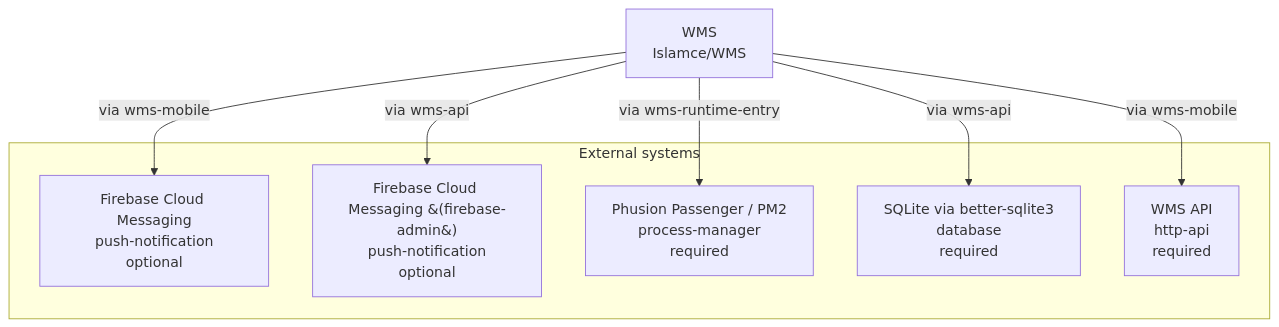
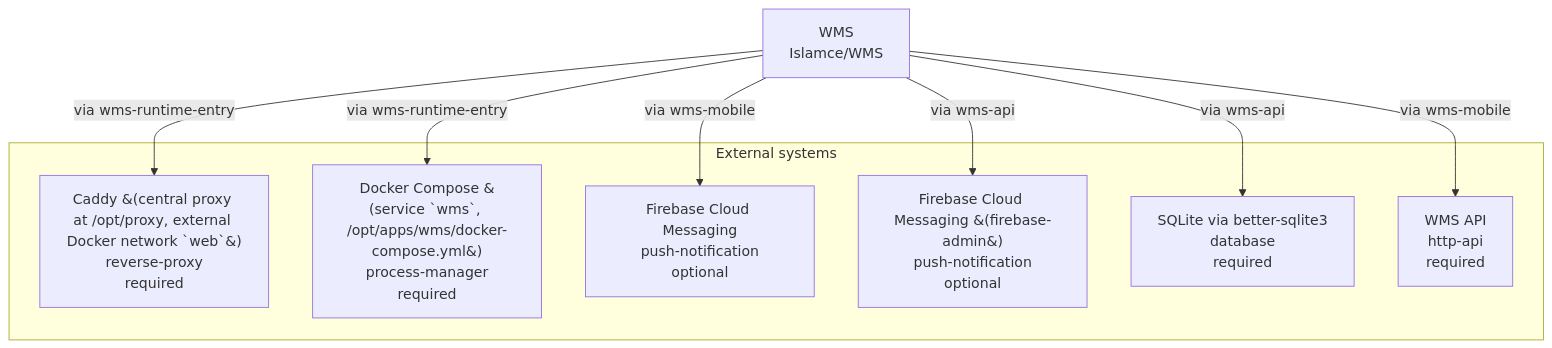
Before and after one commit to Islamce/WMS: the diagram in .ai/diagrams/context.md, drawn with Mermaid. The commit also changed other lines of this file and 19 other files, not shown here.

````diff
--- a/.ai/diagrams/context.md
+++ b/.ai/diagrams/context.md
@@ -7,16 +7,18 @@
 ```mermaid
 graph TB
   WMS["WMS<br/>Islamce/WMS"]
   subgraph external[External systems]
+    ext_Caddy_central_proxy_at_opt_proxy_external_Docker_network_web["Caddy &#40;central proxy at /opt/proxy, external Docker network `web`&#41;<br/>reverse-proxy<br/>required"]
+    ext_Docker_Compose_service_wms_opt_apps_wms_docker_compose_yml["Docker Compose &#40;service `wms`, /opt/apps/wms/docker-compose.yml&#41;<br/>process-manager<br/>required"]
     ext_Firebase_Cloud_Messaging["Firebase Cloud Messaging<br/>push-notification<br/>optional"]
     ext_Firebase_Cloud_Messaging_firebase_admin["Firebase Cloud Messaging &#40;firebase-admin&#41;<br/>push-notification<br/>optional"]
-    ext_Phusion_Passenger_PM2["Phusion Passenger / PM2<br/>process-manager<br/>required"]
     ext_SQLite_via_better_sqlite3["SQLite via better-sqlite3<br/>database<br/>required"]
     ext_WMS_API["WMS API<br/>http-api<br/>required"]
   end
+  WMS -->|via wms-runtime-entry| ext_Caddy_central_proxy_at_opt_proxy_external_Docker_network_web
+  WMS -->|via wms-runtime-entry| ext_Docker_Compose_service_wms_opt_apps_wms_docker_compose_yml
   WMS -->|via wms-mobile| ext_Firebase_Cloud_Messaging
   WMS -->|via wms-api| ext_Firebase_Cloud_Messaging_firebase_admin
-  WMS -->|via wms-runtime-entry| ext_Phusion_Passenger_PM2
   WMS -->|via wms-api| ext_SQLite_via_better_sqlite3
   WMS -->|via wms-mobile| ext_WMS_API
 ```
````
